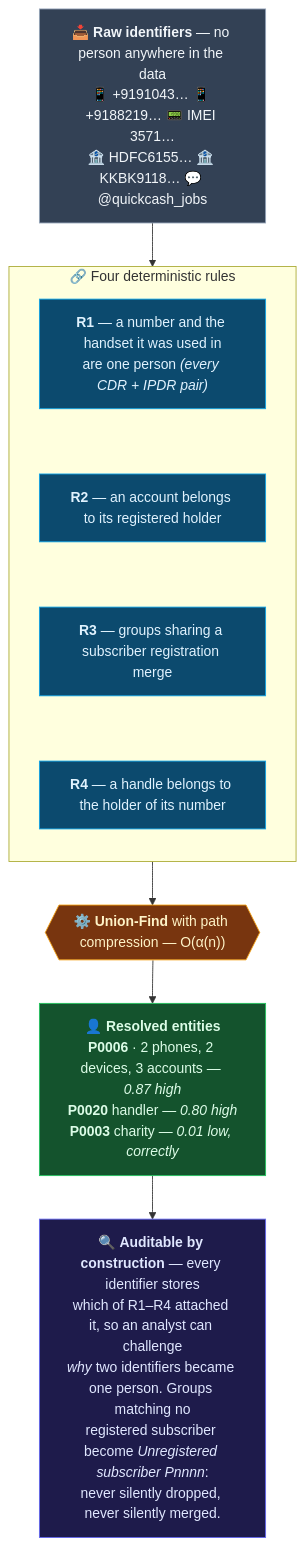
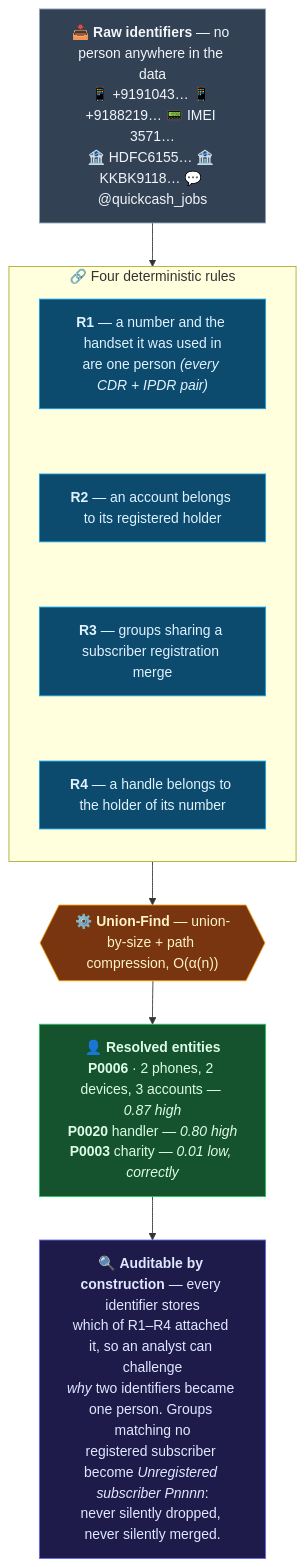
Before and after one commit to rakeshselvaraj0108/TLN: the sixth of 15 diagrams in README.md, drawn with Mermaid. The commit also changed other lines of this file and 1 other file, not shown here.

Commit message:
Use union-by-size in entity resolution so the O(α(n)) claim holds
The disjoint-set forest compressed paths but always attached the first root to the second, which bounds each operation at O(log n) amortized, not the inverse-Ackermann O(α(n)) the README stated. Union-by-size restores the Tarjan bound. Resolution output is byte-identical before and after (same SHA-256 fingerprint of every person's phones, devices, accounts, handles and rule attributions); parity stays at 455/573 and all 51 tests pass.

````diff
--- a/README.md
+++ b/README.md
@@ -292,32 +292,32 @@
 ```mermaid
 flowchart TB
     RAW["📥 <b>Raw identifiers</b> — no person anywhere in the data<br/>📱 +9191043… 📱 +9188219… 📟 IMEI 3571…<br/>🏦 HDFC6155… 🏦 KKBK9118… 💬 @quickcash_jobs"]
 
     subgraph RULES["🔗 Four deterministic rules"]
         direction TB
         R1["<b>R1</b> — a number and the handset it was used in<br/>are one person <i>(every CDR + IPDR pair)</i>"]
         R2["<b>R2</b> — an account belongs to its registered holder"]
         R3["<b>R3</b> — groups sharing a subscriber registration merge"]
         R4["<b>R4</b> — a handle belongs to the holder of its number"]
         R1 ~~~ R2 ~~~ R3 ~~~ R4
     end
 
-    UF{{"⚙️ <b>Union-Find</b> with path compression — O(α(n))"}}
+    UF{{"⚙️ <b>Union-Find</b> — union-by-size + path compression, O(α(n))"}}
 
     OUT["👤 <b>Resolved entities</b><br/><b>P0006</b> · 2 phones, 2 devices, 3 accounts — <i>0.87 high</i><br/><b>P0020</b> handler — <i>0.80 high</i><br/><b>P0003</b> charity — <i>0.01 low, correctly</i>"]
 
     NOTE["🔍 <b>Auditable by construction</b> — every identifier stores<br/>which of R1–R4 attached it, so an analyst can challenge<br/><i>why</i> two identifiers became one person. Groups matching no<br/>registered subscriber become <i>Unregistered subscriber Pnnnn</i>:<br/>never silently dropped, never silently merged."]
 
     RAW --> RULES --> UF --> OUT --> NOTE
 
     classDef raw fill:#334155,stroke:#94a3b8,color:#f1f5f9
     classDef rule fill:#0c4a6e,stroke:#0ea5e9,color:#e0f2fe
     classDef uf fill:#78350f,stroke:#f59e0b,color:#fef3c7
     classDef ent fill:#14532d,stroke:#22c55e,color:#dcfce7
     classDef note fill:#1e1b4b,stroke:#6366f1,color:#e0e7ff
     class RAW raw
     class R1,R2,R3,R4 rule
     class UF uf
     class OUT ent
     class NOTE note
 ```
````
